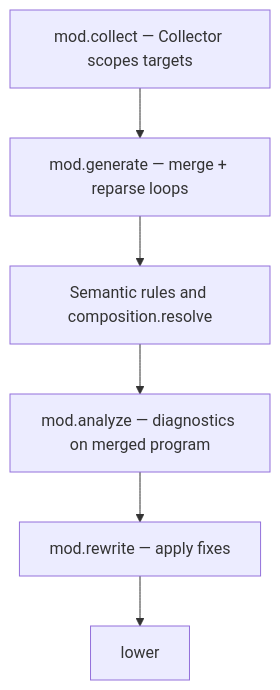
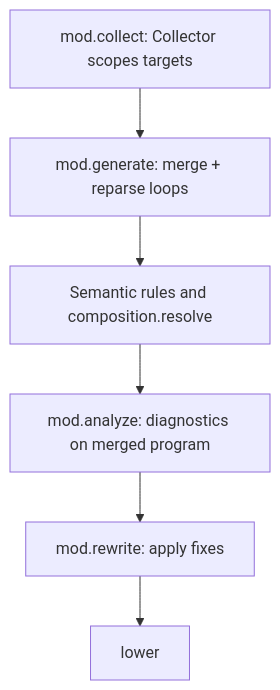
One commit to Cyber-Nomad-Collective/beskid changed the diagram in site/website/src/content/docs/book/15-mods-plugins-with-consequences/pipeline-phases.md. Above: the diagram before and after it, drawn with Mermaid. The commit also changed other lines of this file and 146 other files, not shown here.

````diff
--- a/site/website/src/content/docs/book/15-mods-plugins-with-consequences/pipeline-phases.md
+++ b/site/website/src/content/docs/book/15-mods-plugins-with-consequences/pipeline-phases.md
@@ -13,12 +13,12 @@
 ```mermaid
 flowchart TB
   accTitle: Compiler Mod phase order
   accDescr: Mod collection and generation run first, then semantic rules, then mod analysis and rewriting, before lowering.
-  collect[mod.collect — Collector scopes targets]
-  generate[mod.generate — merge + reparse loops]
+  collect[mod.collect: Collector scopes targets]
+  generate[mod.generate: merge + reparse loops]
   semantic[Semantic rules and composition.resolve]
-  analyze[mod.analyze — diagnostics on merged program]
-  rewrite[mod.rewrite — apply fixes]
+  analyze[mod.analyze: diagnostics on merged program]
+  rewrite[mod.rewrite: apply fixes]
   lower[lower]
   collect --> generate --> semantic --> analyze --> rewrite --> lower
 ```
````
